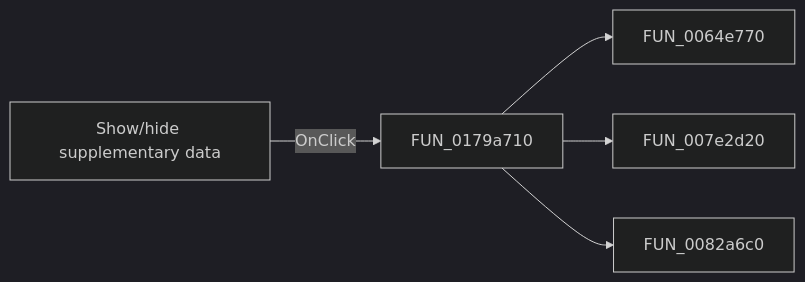
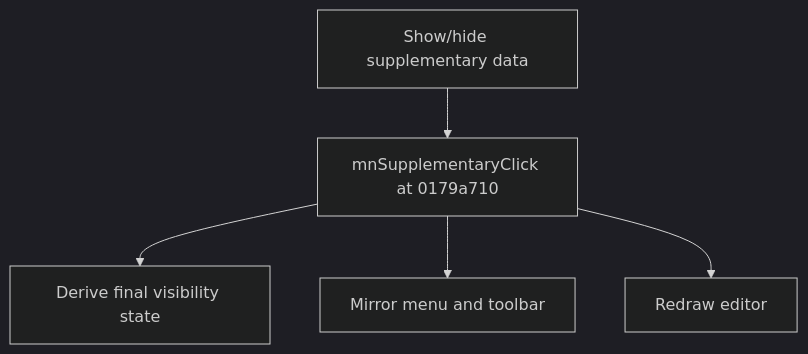
The diagram in docs/ui-controls/shapeedit/sbsupplementary-c14277cb2d.md (MovGP0/TIARA), drawn with Mermaid (dark theme) before and after one commit. The commit also changed other lines of this file and 1062 other files, not shown here.

````diff
--- a/docs/ui-controls/shapeedit/sbsupplementary-c14277cb2d.md
+++ b/docs/ui-controls/shapeedit/sbsupplementary-c14277cb2d.md
@@ -27,7 +27,7 @@
 ```mermaid
-flowchart LR
-    control["Show/hide supplementary data"] -->|OnClick| handler["FUN_0179a710"]
-    handler --> call1["FUN_0064e770"]
-    handler --> call2["FUN_007e2d20"]
-    handler --> call3["FUN_0082a6c0"]
+flowchart TD
+    control["Show/hide supplementary data"] --> handler["mnSupplementaryClick at 0179a710"]
+    handler --> step1["Derive final visibility state"]
+    handler --> step2["Mirror menu and toolbar"]
+    handler --> step3["Redraw editor"]
 ```
````
